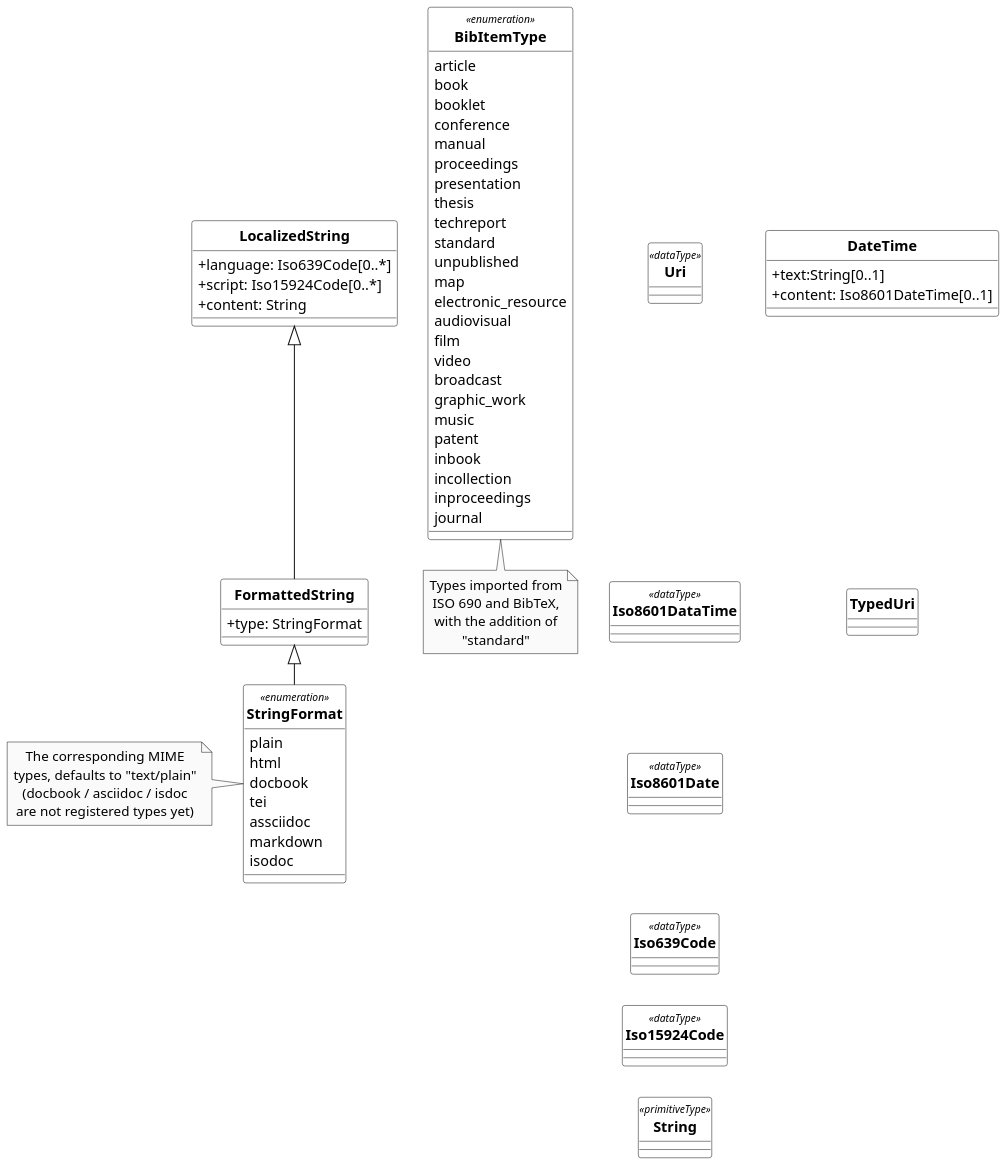
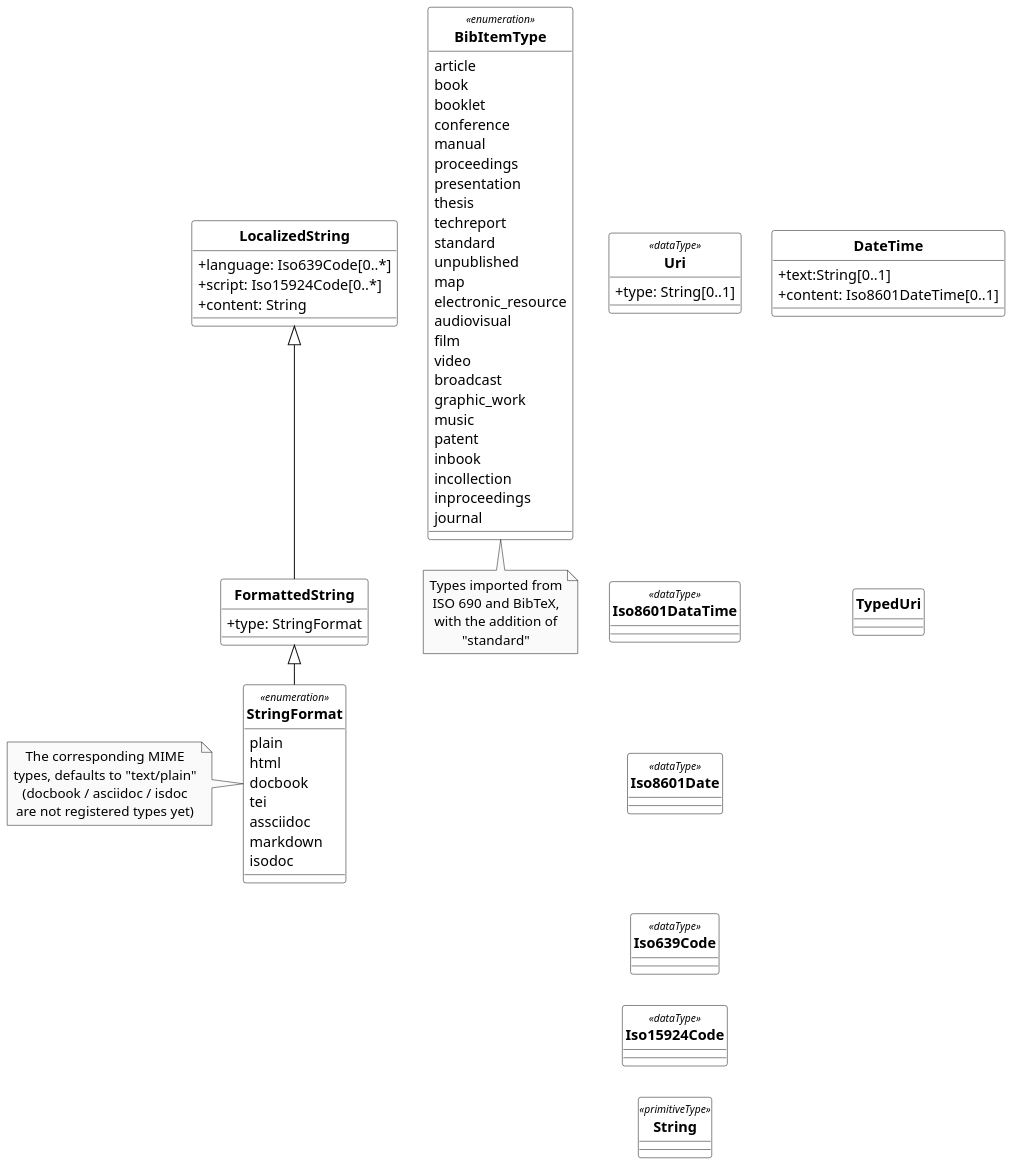
The diagram in models/RelBib_DataTypes.wsd (relaton/relaton-models), drawn with PlantUML before and after one commit. The commit also changed 2 other files, not shown here.

Commit message:
Port StarUML elements into PlantUML code, fixes #12

```diff
--- a/models/RelBib_DataTypes.wsd
+++ b/models/RelBib_DataTypes.wsd
@@ -1,178 +1,178 @@
 @startuml RelBib_DataTypes
 /'
 Diagram:        RelBib_Series
 DateCreate:     30/08/2018
 Description:    These bibliographic models are developed to consolidate and standardize the data models used for bibliographic and citation purposes.
                 These models are meant to be fully compatible with ISO 690 and ISO TC 46’s (and SC 4, SC 9) work on bibliography.
                 They are used extensively in the following projects as containers for bibliographic data management and for managing document metadata:
 
                 - ISO Standards
                 - CSD Standards
                 - Chinese Standards (GB and family)
                 - ISO bibliography gem
-                
+
                 Below are the UML diagrams.
                 The document models are expressed as UML and as RelaxNG Compact (RNC) grammars; see discussion under Grammars. This repository contains the RNC grammars for the base BibliographicItem model, Citation model and the Contributor model.
                 The document models are currently used by IsoDoc-based authoring tools for standards, which convert Asciidoctor source to XML representations of the document models, and validate the XML generated against the RNC schemas:
-                
+
                 - https://github.com/riboseinc/asciidoctor-iso
                 - https://github.com/riboseinc/asciidoctor-csd
                 - https://github.com/riboseinc/asciidoctor-gb
-                
+
                 They are also used by tools that render those XML representations of the document models, into HTML and Microsoft Word:
-                
+
                 - https://github.com/riboseinc/isodoc
                 - https://github.com/riboseinc/asciidoctor-csd (inheriting from isodoc)
                 - https://github.com/riboseinc/asciidoctor-gb (inheriting from isodoc)
 
 Hystory of changes:
 > DD/MM/YYYY
-    - 
-    - 
+    -
+    -
 '/
 
 '******* CONFIGURATION ************************************************
 top to bottom direction
 skinparam classAttributeIconSize 0
 skinparam Dpi 150
 skinparam Monochrome true
 skinparam LineType ortho
 skinparam nodesep 30
 skinparam ranksep 30
 hide circle
 /' skinparam CircledCharacterRadius 0 '/
 /' skinparam CircledCharacterFontSize 0 '/
 skinparam Default {
 TextAlignment center
 FontName Helvetica
 }
 skinparam Class {
 AttributeIconSize 0
 BackgroundColor White
 FontStyle bold
 StereotypeFontSize 10
 }
 skinparam Rectangle {
 BackgroundColor White
 FontStyle bold
 FontSize 11
 StereotypeFontSize 10
 }
 skinparam Object {
 BackgroundColor White
 FontStyle bold
 FontSize 11
 StereotypeFontSize 10
 }
 skinparam Entity {
 StereotypeFontSize 10
 }
 
 '******* CLASS DEFINITION *********************************************
 
 together {
 
     class Uri <<dataType>> {
-
+        +type: String[0..1]
     }
 
     class Iso8601DataTime <<dataType>> {
 
     }
 
     class Iso8601Date <<dataType>> {
 
     }
 
     class Iso639Code <<dataType>> {
 
     }
 
     class Iso15924Code <<dataType>> {
 
     }
 
     class String <<primitiveType>> {
 
     }
 
 }
 
 together {
 
     class DateTime{
         +text:String[0..1]
         +content: Iso8601DateTime[0..1]
     }
 
     class TypedUri{
 
     }
 
 
 }
 
 class LocalizedString{
     +language: Iso639Code[0..*]
     +script: Iso15924Code[0..*]
     +content: String
 }
 
 
 class FormattedString{
     +type: StringFormat
 }
 
 enum StringFormat <<enumeration>>{
     plain
     html
     docbook
     tei
     assciidoc
     markdown
     isodoc
 }
 
 enum BibItemType <<enumeration>>{
     article
     book
     booklet
     conference
     manual
     proceedings
     presentation
     thesis
     techreport
     standard
     unpublished
     map
     electronic_resource
     audiovisual
     film
     video
     broadcast
     graphic_work
     music
     patent
     inbook
     incollection
     inproceedings
     journal
 }
 
 '******* NOTES ********************************************************
 note bottom of BibItemType: Types imported from\nISO 690 and BibTeX,\nwith the addition of\n"standard"
 note left of StringFormat: The corresponding MIME\ntypes, defaults to "text/plain"\n(docbook / asciidoc / isdoc\nare not registered types yet)
 
 '******* CLASS RELATIONS **********************************************
 Uri -[hidden]- Iso8601DataTime
 Iso8601DataTime -[hidden]- Iso8601Date
 Iso8601Date -[hidden]- Iso639Code
 Iso639Code -[hidden]- Iso15924Code
 Iso15924Code -[hidden]- String
 DateTime -[hidden]- TypedUri
 
 LocalizedString <|-- FormattedString
 FormattedString <|-- StringFormat
 
 @enduml
```
